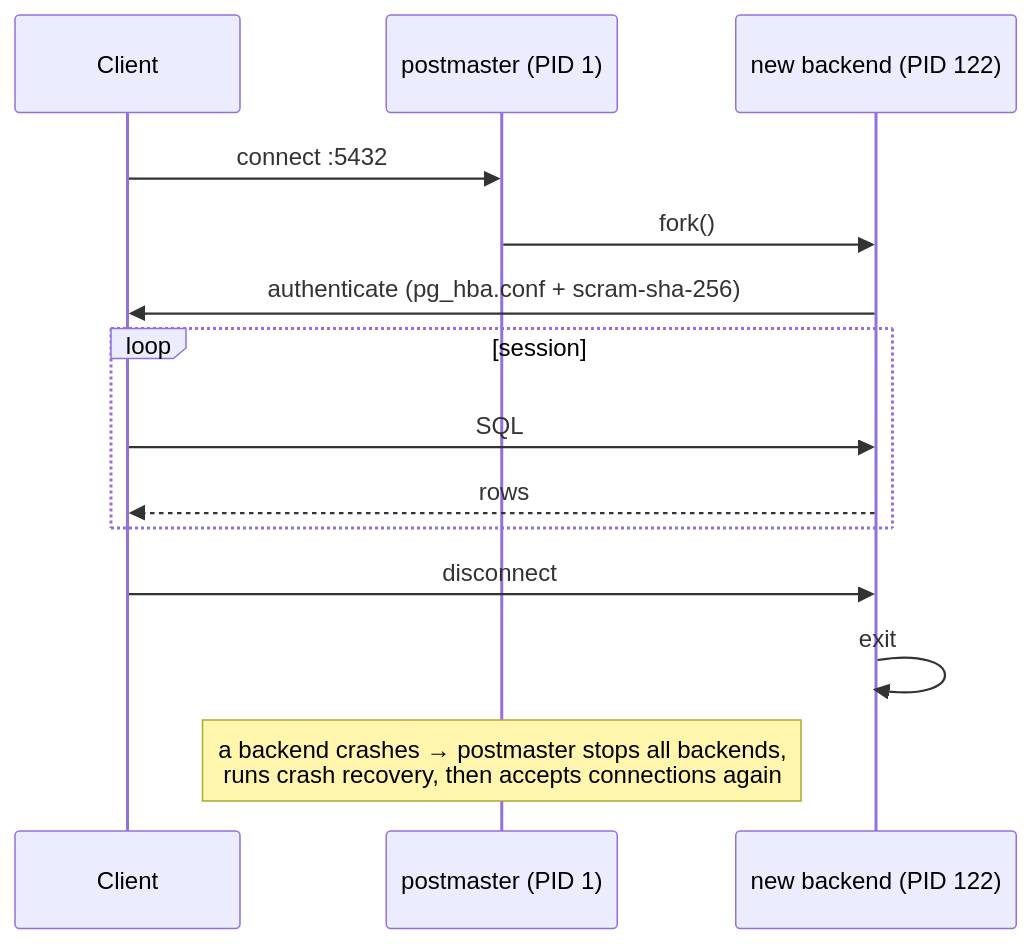
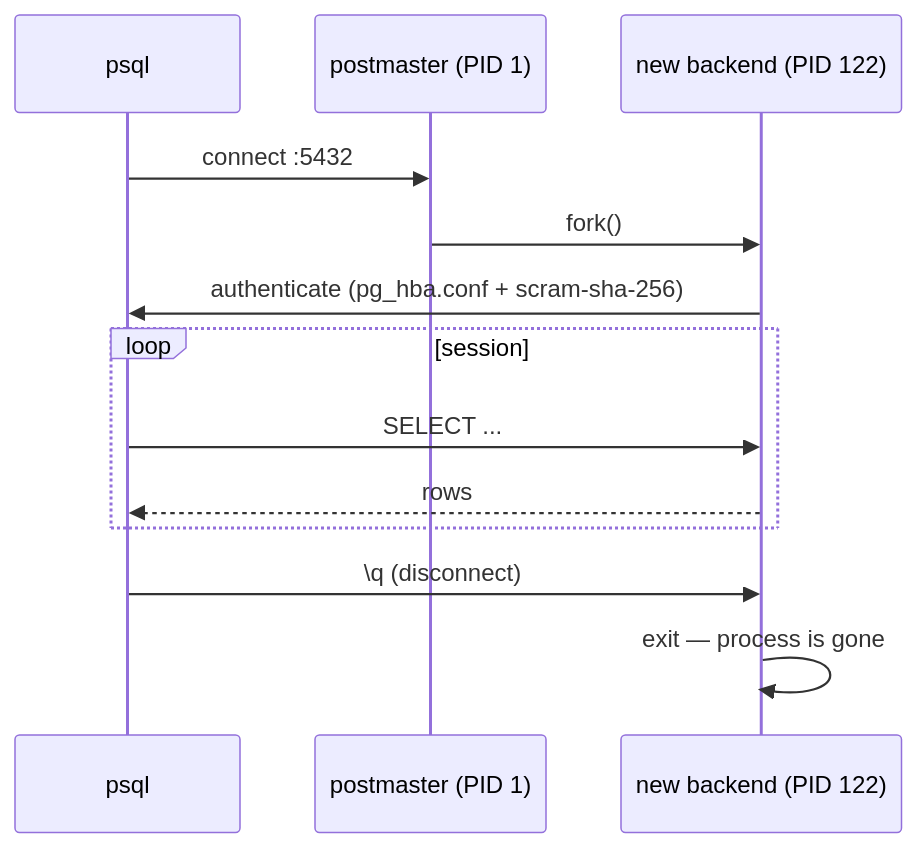
Before and after one commit to wesamkhateeb98-creator/postgresql-zero-to-hero: the second of 11 diagrams in Doc/00-introduction/03-architecture.md, drawn with Mermaid. The commit also changed other lines of this file, not shown here.

Commit message:
Rewrite architecture doc with definitions and scenarios per component

````diff
--- a/Doc/00-introduction/03-architecture.md
+++ b/Doc/00-introduction/03-architecture.md
@@ -44,16 +90,15 @@
 ```mermaid
 sequenceDiagram
-    participant C as Client
+    participant C as psql
     participant PM as postmaster (PID 1)
     participant BE as new backend (PID 122)
     C->>PM: connect :5432
     PM->>BE: fork()
     BE->>C: authenticate (pg_hba.conf + scram-sha-256)
     loop session
-        C->>BE: SQL
+        C->>BE: SELECT ...
         BE-->>C: rows
     end
-    C->>BE: disconnect
-    BE->>BE: exit
-    Note over PM: a backend crashes → postmaster stops all backends,<br/>runs crash recovery, then accepts connections again
+    C->>BE: \q (disconnect)
+    BE->>BE: exit — process is gone
 ```
````
